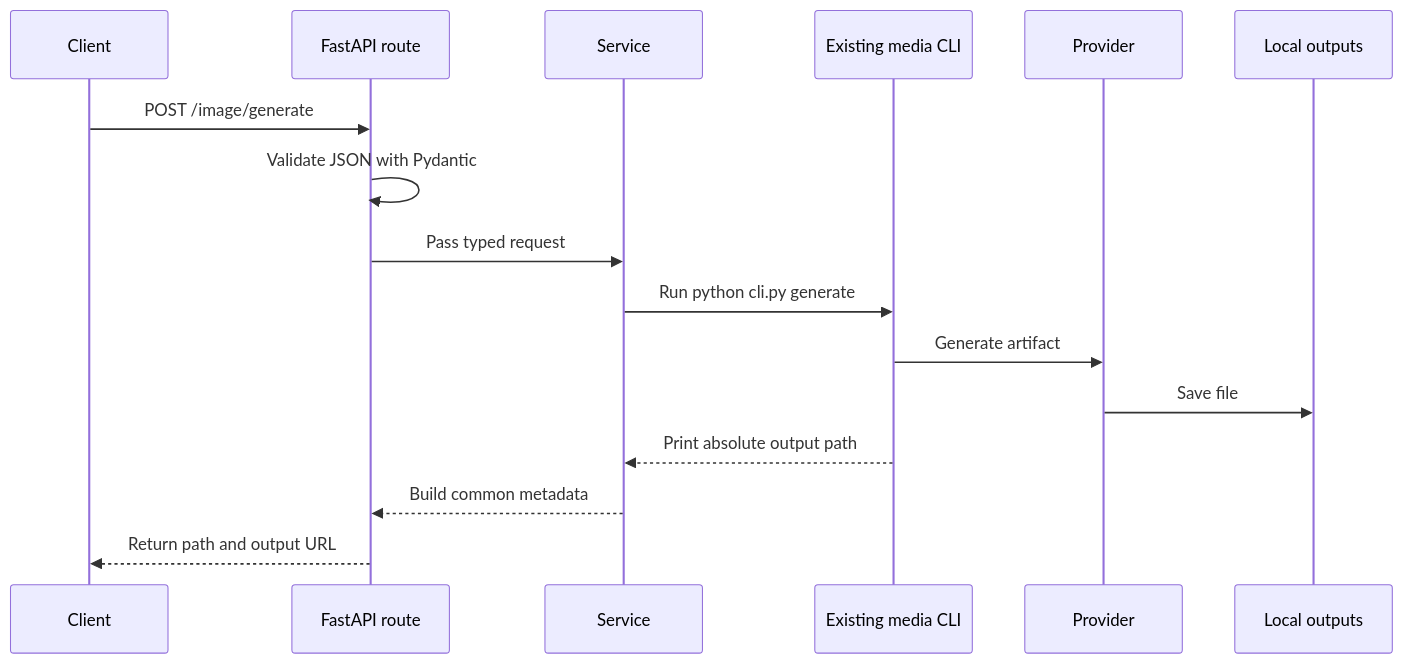
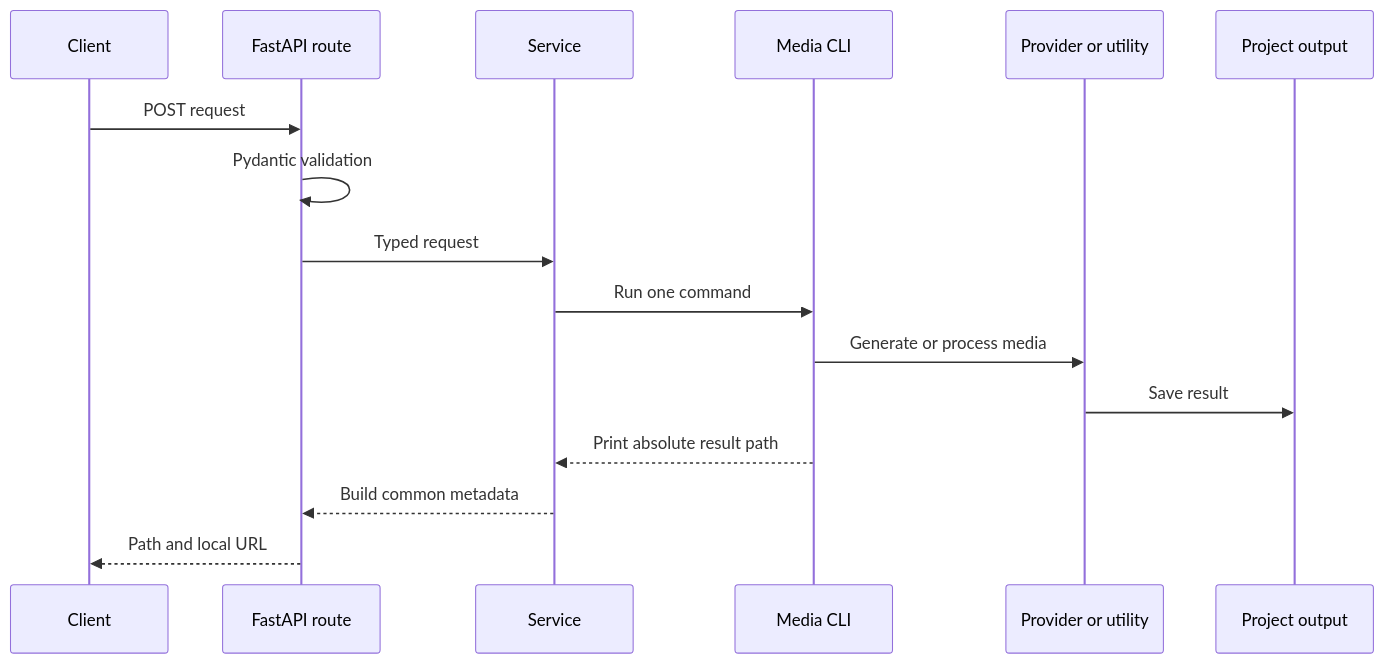
One commit to johazores/projects-xyz changed the diagram in media-process-api/docs/architecture.md. Above: the diagram before and after it, drawn with Mermaid. The commit also changed other lines of this file and 30 other files, not shown here.

````diff
--- a/media-process-api/docs/architecture.md
+++ b/media-process-api/docs/architecture.md
@@ -9,19 +5,19 @@
 ```mermaid
 sequenceDiagram
     participant Client
     participant API as FastAPI route
     participant Service
-    participant CLI as Existing media CLI
-    participant Provider
-    participant Disk as Local outputs
+    participant CLI as Media CLI
+    participant Operation as Provider or utility
+    participant Disk as Project output
 
-    Client->>API: POST /image/generate
-    API->>API: Validate JSON with Pydantic
-    API->>Service: Pass typed request
-    Service->>CLI: Run python cli.py generate
-    CLI->>Provider: Generate artifact
-    Provider->>Disk: Save file
-    CLI-->>Service: Print absolute output path
+    Client->>API: POST request
+    API->>API: Pydantic validation
+    API->>Service: Typed request
+    Service->>CLI: Run one command
+    CLI->>Operation: Generate or process media
+    Operation->>Disk: Save result
+    CLI-->>Service: Print absolute result path
     Service-->>API: Build common metadata
-    API-->>Client: Return path and output URL
+    API-->>Client: Path and local URL
 ```
````
